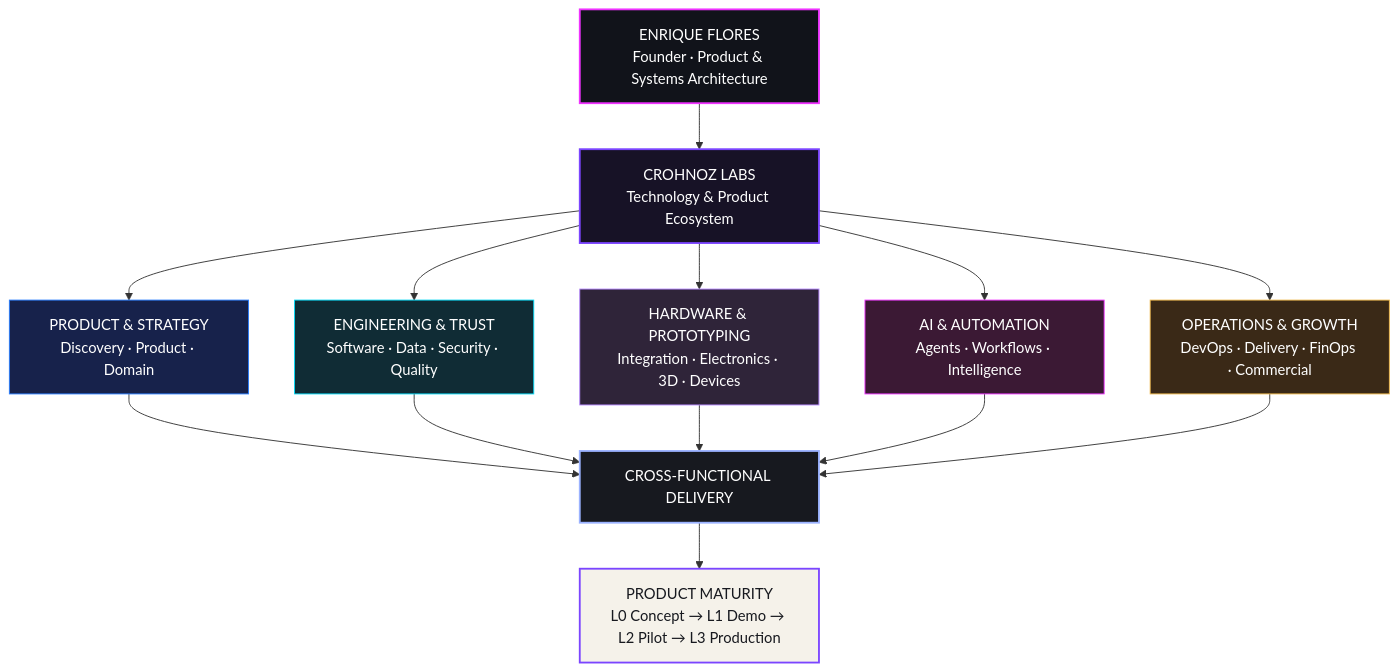
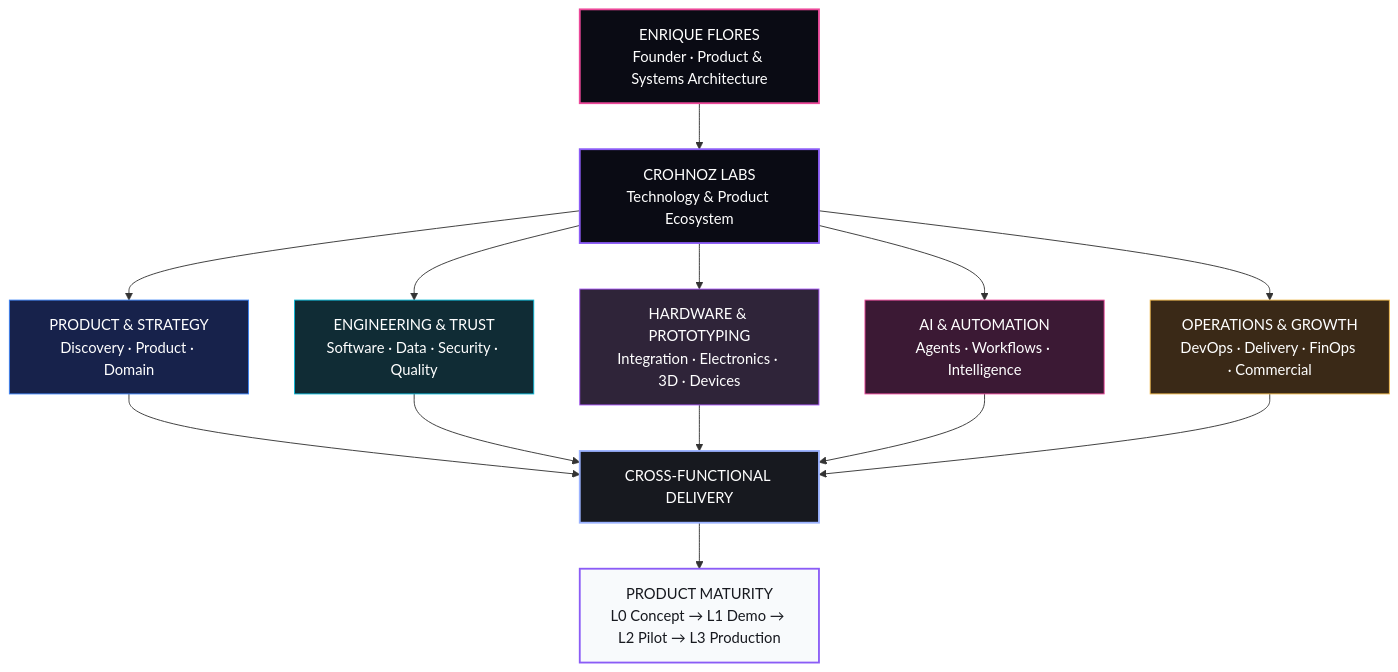
Before and after one commit to Crohnoz/Crohnoz: the diagram in README.md, drawn with Mermaid. The commit also changed other lines of this file and 16 other files, not shown here.

````diff
--- a/README.md
+++ b/README.md
@@ -25,41 +25,41 @@
 ```mermaid
 flowchart TB
     F["ENRIQUE FLORES<br/>Founder · Product & Systems Architecture"]
     L["CROHNOZ LABS<br/>Technology & Product Ecosystem"]
 
     F --> L
 
     L --> P["PRODUCT & STRATEGY<br/>Discovery · Product · Domain"]
     L --> E["ENGINEERING & TRUST<br/>Software · Data · Security · Quality"]
     L --> H["HARDWARE & PROTOTYPING<br/>Integration · Electronics · 3D · Devices"]
     L --> A["AI & AUTOMATION<br/>Agents · Workflows · Intelligence"]
     L --> O["OPERATIONS & GROWTH<br/>DevOps · Delivery · FinOps · Commercial"]
 
     P --> D["CROSS-FUNCTIONAL DELIVERY"]
     E --> D
     H --> D
     A --> D
     O --> D
 
     D --> G["PRODUCT MATURITY<br/>L0 Concept → L1 Demo → L2 Pilot → L3 Production"]
 
-    classDef founder fill:#11131a,stroke:#EF32FF,color:#fff,stroke-width:2px;
-    classDef lab fill:#171226,stroke:#7B45FF,color:#fff,stroke-width:2px;
-    classDef product fill:#17224b,stroke:#287DFF,color:#fff;
-    classDef engineering fill:#102c35,stroke:#00D9F5,color:#fff;
-    classDef hardware fill:#2f2439,stroke:#b687ff,color:#fff;
-    classDef ai fill:#3b1934,stroke:#EF32FF,color:#fff;
+    classDef founder fill:#0A0B14,stroke:#EC4899,color:#fff,stroke-width:2px;
+    classDef lab fill:#0A0B14,stroke:#8B5CF6,color:#fff,stroke-width:2px;
+    classDef product fill:#17224b,stroke:#3B82F6,color:#fff;
+    classDef engineering fill:#102c35,stroke:#06B6D4,color:#fff;
+    classDef hardware fill:#2f2439,stroke:#A855F7,color:#fff;
+    classDef ai fill:#3b1934,stroke:#EC4899,color:#fff;
     classDef ops fill:#3a2917,stroke:#f0b94b,color:#fff;
     classDef delivery fill:#17191f,stroke:#9bb2ff,color:#fff,stroke-width:2px;
-    classDef gate fill:#f5f2ea,stroke:#7B45FF,color:#17191f,stroke-width:2px;
+    classDef gate fill:#F8FAFC,stroke:#8B5CF6,color:#17191f,stroke-width:2px;
 
     class F founder;
     class L lab;
     class P product;
     class E engineering;
     class H hardware;
     class A ai;
     class O ops;
     class D delivery;
     class G gate;
 ```
````
